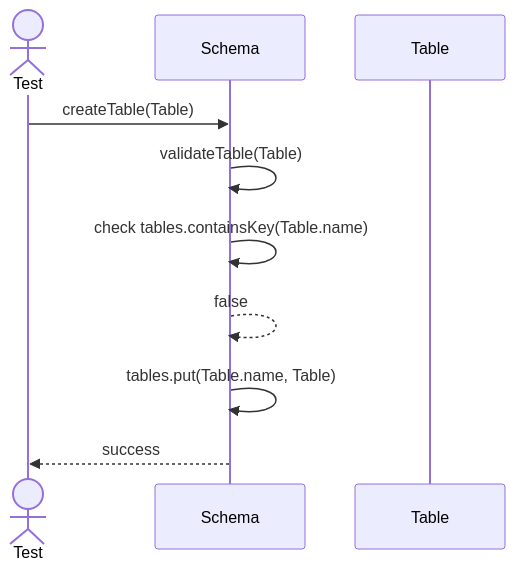
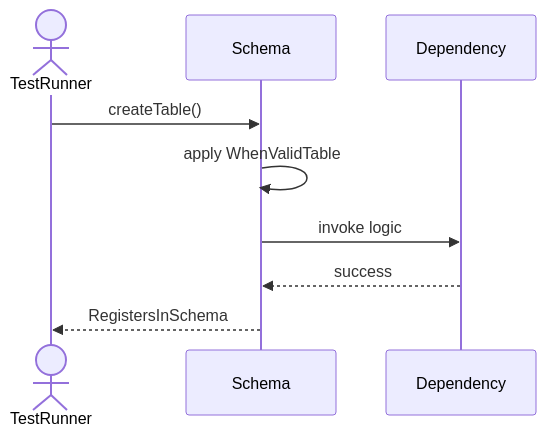
The second of 8 diagrams in Sequences/DatabaseObjectManagement/Schema.md (TamBui1706/DBMS), drawn with Mermaid before and after one commit. The commit also changed other lines of this file and 63 other files, not shown here.

Commit message:
Draw sequence diagram for unit tests

````diff
--- a/Sequences/DatabaseObjectManagement/Schema.md
+++ b/Sequences/DatabaseObjectManagement/Schema.md
@@ -27,13 +32,10 @@
 ```mermaid
 sequenceDiagram
-    actor Test
+    actor TestRunner
     participant Schema
-    participant Table
-
-    Test->>Schema: createTable(Table)
-    Schema->>Schema: validateTable(Table)
-    Schema->>Schema: check tables.containsKey(Table.name)
-    Schema-->>Schema: false
-    Schema->>Schema: tables.put(Table.name, Table)
-    Schema-->>Test: success
+    TestRunner->>Schema: createTable()
+    Schema->>Schema: apply WhenValidTable
+    Schema->>Dependency: invoke logic
+    Dependency-->>Schema: success
+    Schema-->>TestRunner: RegistersInSchema
 ```
````
